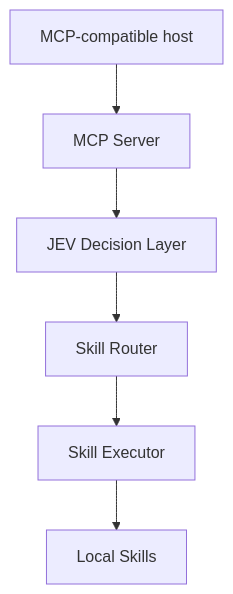
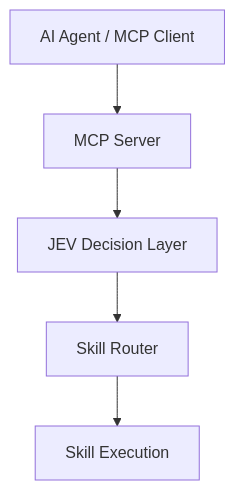
One commit to qinpei-dev/Doubao-jev-agent changed the diagram in README.md. Above: the diagram before and after it, drawn with Mermaid. The commit also changed other lines of this file and 8 other files, not shown here.

````diff
--- a/README.md
+++ b/README.md
@@ -51,15 +51,13 @@
 ```mermaid
 flowchart TD
-    A[MCP-compatible host]
+    A[AI Agent / MCP Client]
     B[MCP Server]
     C[JEV Decision Layer]
     D[Skill Router]
-    E[Skill Executor]
-    F[Local Skills]
+    E[Skill Execution]
 
     A --> B
     B --> C
     C --> D
     D --> E
-    E --> F
 ```
````
